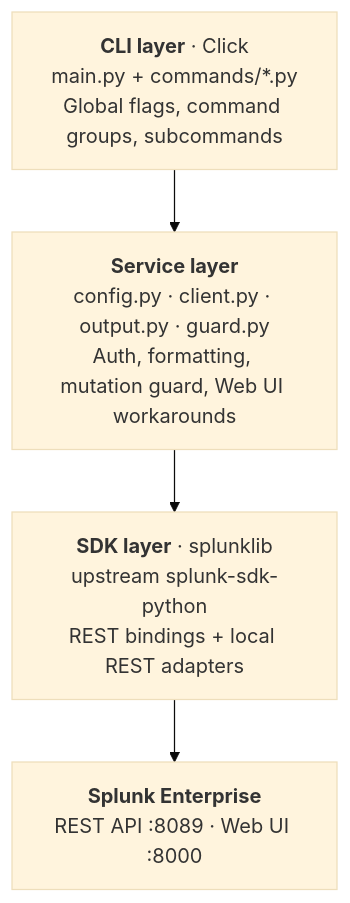
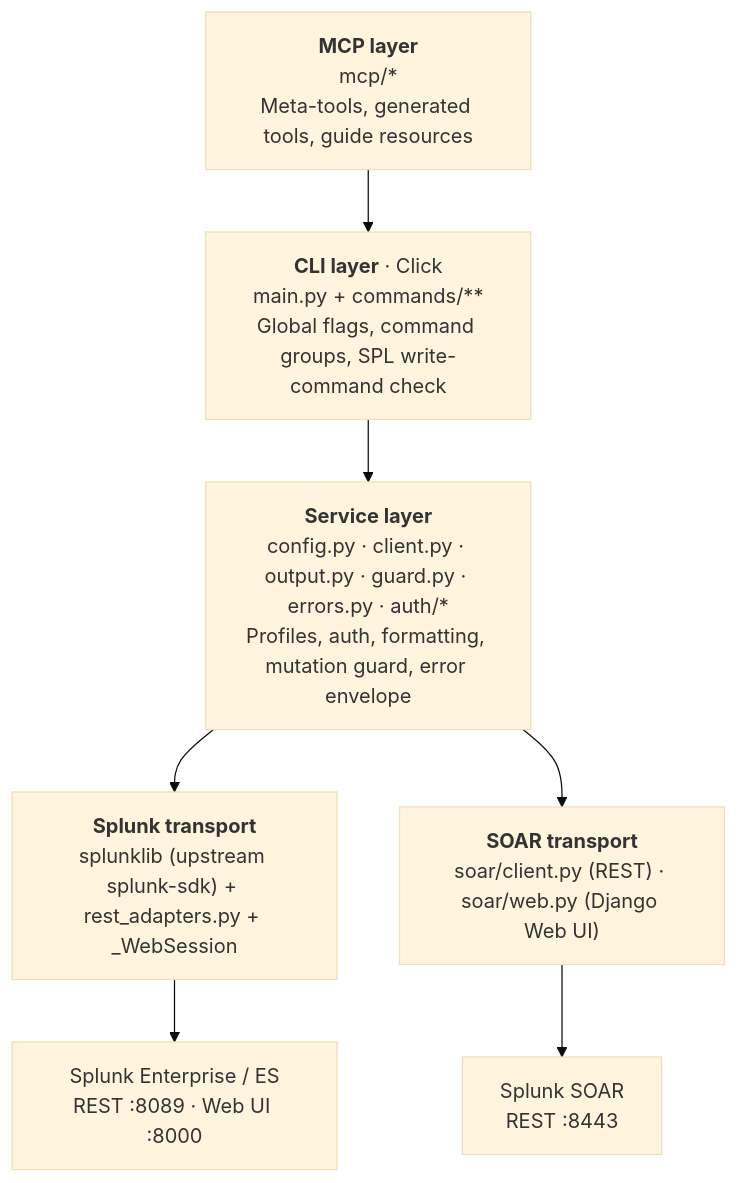
Before and after one commit to dannyota/splunkctl: the first of 2 diagrams in docs/design/architecture.md, drawn with Mermaid (base theme). The commit also changed other lines of this file and 11 other files, not shown here.

First line of the commit message:
docs: rewrite the architecture page, keep the SOAR design notes, drop the stale catalog and vmlab plan

````diff
--- a/docs/design/architecture.md
+++ b/docs/design/architecture.md
@@ -9,8 +11,13 @@
 ```mermaid
 flowchart TD
-  CLI["<b>CLI layer</b> · Click<br/>main.py + commands/*.py<br/>Global flags, command groups, subcommands"]
-  SVC["<b>Service layer</b><br/>config.py · client.py · output.py · guard.py<br/>Auth, formatting, mutation guard, Web UI workarounds"]
-  SDK["<b>SDK layer</b> · splunklib<br/>upstream splunk-sdk-python<br/>REST bindings + local REST adapters"]
-  API["<b>Splunk Enterprise</b><br/>REST API :8089 · Web UI :8000"]
-  CLI --> SVC --> SDK --> API
+  CLI["<b>CLI layer</b> · Click<br/>main.py + commands/**<br/>Global flags, command groups, SPL write-command check"]
+  MCP["<b>MCP layer</b><br/>mcp/*<br/>Meta-tools, generated tools, guide resources"]
+  SVC["<b>Service layer</b><br/>config.py · client.py · output.py · guard.py · errors.py · auth/*<br/>Profiles, auth, formatting, mutation guard, error envelope"]
+  SIEM["<b>Splunk transport</b><br/>splunklib (upstream splunk-sdk) + rest_adapters.py + _WebSession"]
+  SOAR["<b>SOAR transport</b><br/>soar/client.py (REST) · soar/web.py (Django Web UI)"]
+  API1["Splunk Enterprise / ES<br/>REST :8089 · Web UI :8000"]
+  API2["Splunk SOAR<br/>REST :8443"]
+  MCP --> CLI --> SVC
+  SVC --> SIEM --> API1
+  SVC --> SOAR --> API2
 ```
````
